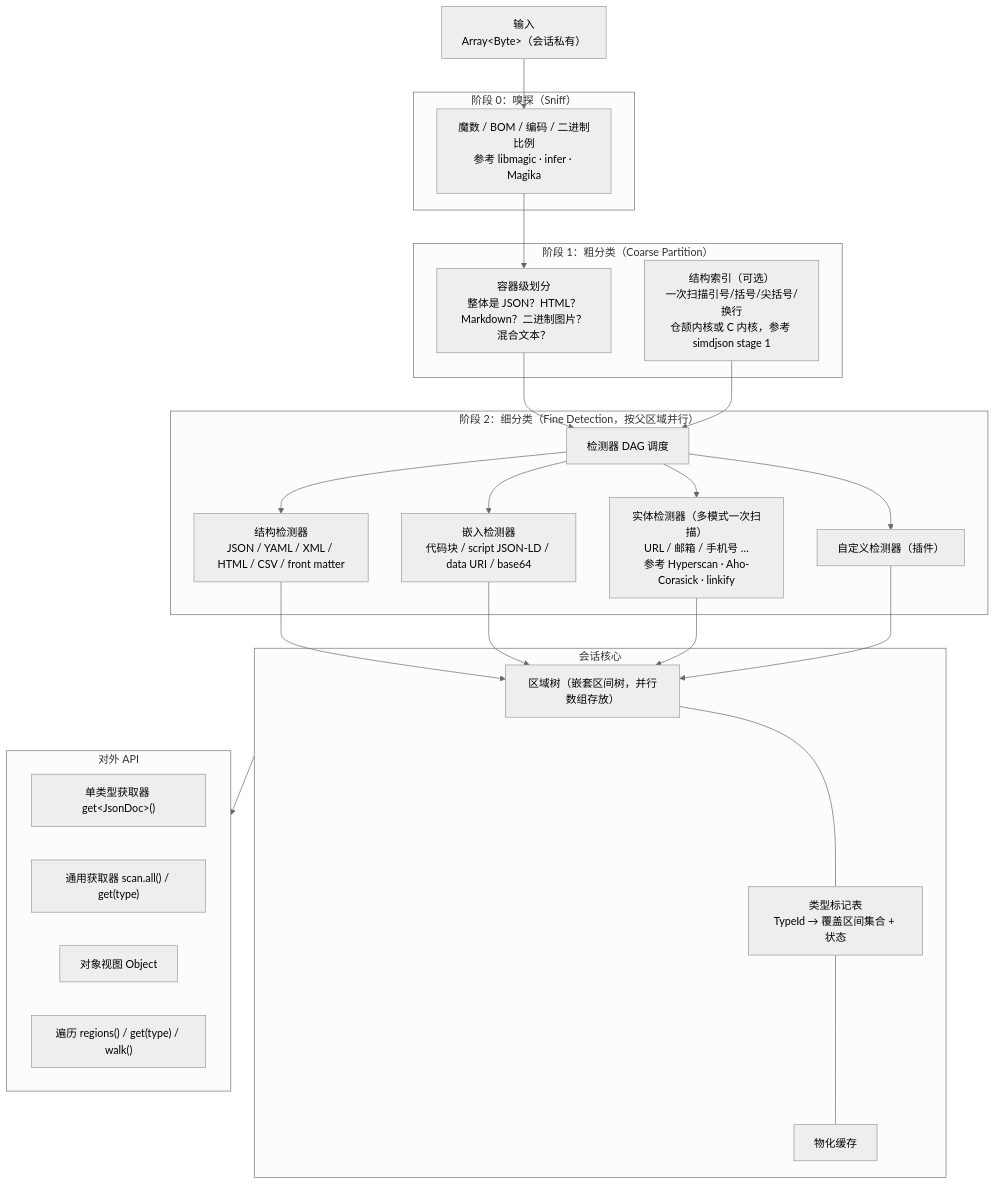
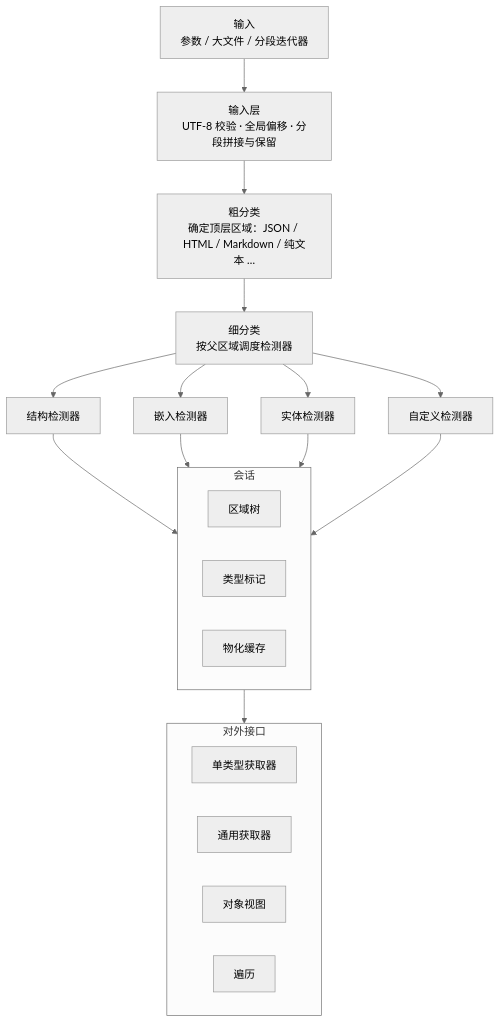
The diagram in docs/RawPrism-design.md (MistLoom/RawPrism), drawn with Mermaid (neutral theme) before and after one commit. The commit also changed other lines of this file, not shown here.

````diff
--- a/docs/RawPrism-design.md
+++ b/docs/RawPrism-design.md
@@ -82,36 +109,23 @@
 ```mermaid
 flowchart TB
-  IN["输入<br/>Array&lt;Byte&gt;（会话私有）"] --> SN
-  subgraph S0["阶段 0：嗅探（Sniff）"]
-    SN["魔数 / BOM / 编码 / 二进制比例<br/>参考 libmagic · infer · Magika"]
-  end
-  SN --> CO
-  subgraph S1["阶段 1：粗分类（Coarse Partition）"]
-    CO["容器级划分<br/>整体是 JSON？HTML？Markdown？二进制图片？混合文本？"]
-    IDX["结构索引（可选）<br/>一次扫描引号/括号/尖括号/换行<br/>仓颉内核或 C 内核，参考 simdjson stage 1"]
-  end
-  CO --> FI
-  IDX --> FI
-  subgraph S2["阶段 2：细分类（Fine Detection，按父区域并行）"]
-    FI["检测器 DAG 调度"]
-    D1["结构检测器<br/>JSON / YAML / XML / HTML / CSV / front matter"]
-    D2["嵌入检测器<br/>代码块 / script JSON-LD / data URI / base64"]
-    D3["实体检测器（多模式一次扫描）<br/>URL / 邮箱 / 手机号 …<br/>参考 Hyperscan · Aho-Corasick · linkify"]
-    D4["自定义检测器（插件）"]
-  end
-  FI --> D1 & D2 & D3 & D4
-  D1 & D2 & D3 & D4 --> RT
-  subgraph CORE["会话核心"]
-    RT["区域树（嵌套区间树，并行数组存放）"]
-    MK["类型标记表<br/>TypeId → 覆盖区间集合 + 状态"]
+  IN["输入<br/>参数 / 大文件 / 分段迭代器"] --> RD["输入层<br/>UTF-8 校验 · 全局偏移 · 分段拼接与保留"]
+  RD --> CO["粗分类<br/>确定顶层区域：JSON / HTML / Markdown / 纯文本 …"]
+  CO --> FI["细分类<br/>按父区域调度检测器"]
+  FI --> D1["结构检测器"]
+  FI --> D2["嵌入检测器"]
+  FI --> D3["实体检测器"]
+  FI --> D4["自定义检测器"]
+  D1 & D2 & D3 & D4 --> CORE
+  subgraph CORE["会话"]
+    RT["区域树"]
+    MK["类型标记"]
     CA["物化缓存"]
   end
-  RT --- MK --- CA
   CORE --> API
-  subgraph API["对外 API"]
-    G1["单类型获取器 get&lt;JsonDoc&gt;()"]
-    G2["通用获取器 scan.all() / get(type)"]
-    G3["对象视图 Object"]
-    G4["遍历 regions() / get(type) / walk()"]
+  subgraph API["对外接口"]
+    G1["单类型获取器"]
+    G2["通用获取器"]
+    G3["对象视图"]
+    G4["遍历"]
   end
 ```
````
